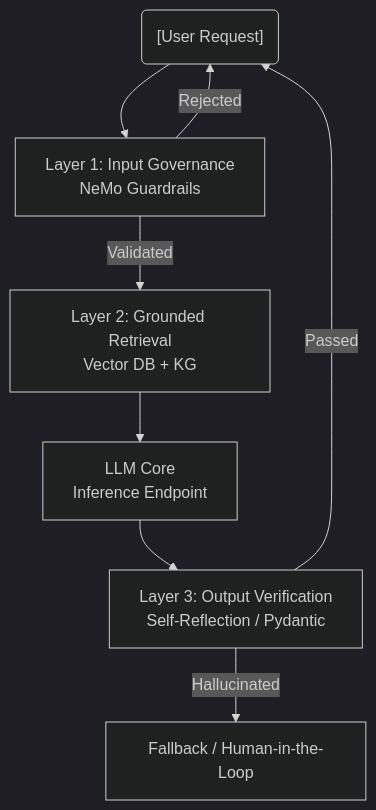
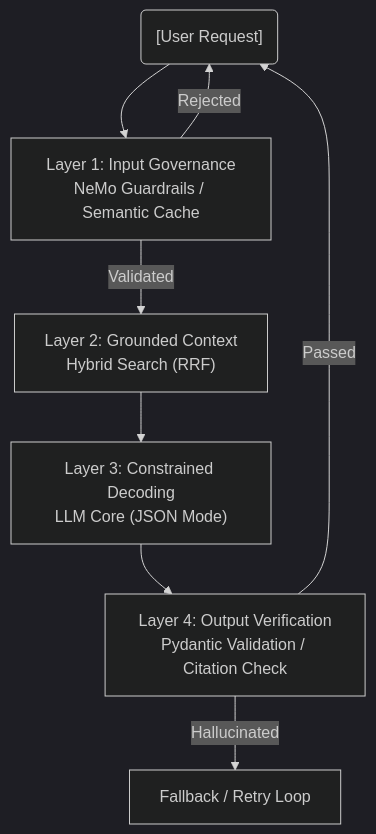
One commit to kythuatdulieu/kythuatdulieu.github.io changed the diagram in src/content/docs/concepts/9-genai-machine-learning/hallucination.md. Above: the diagram before and after it, drawn with Mermaid (dark theme). The commit also changed other lines of this file and 228 other files, not shown here.

Commit message:
Fix syntax and rewrite 200+ concepts docs to deep-dive system architecture and add GA4 tracking to quiz app

````diff
--- a/src/content/docs/concepts/9-genai-machine-learning/hallucination.md
+++ b/src/content/docs/concepts/9-genai-machine-learning/hallucination.md
@@ -26,10 +26,10 @@
 ```mermaid
 graph TD
-    User("[User Request]") --> InputValidator["Layer 1: Input Governance<br>NeMo Guardrails"]
+    User("[User Request]") --> InputValidator["Layer 1: Input Governance<br>NeMo Guardrails / Semantic Cache"]
     InputValidator -- Rejected --> User
-    InputValidator -- Validated --> RAG["Layer 2: Grounded Retrieval<br>Vector DB + KG"]
-    RAG --> LLM["LLM Core<br>Inference Endpoint"]
-    LLM --> OutputValidator["Layer 3: Output Verification<br>Self-Reflection / Pydantic"]
-    OutputValidator -- Hallucinated --> Fallback["Fallback / Human-in-the-Loop"]
+    InputValidator -- Validated --> RAG["Layer 2: Grounded Context<br>Hybrid Search (RRF)"]
+    RAG --> LLM["Layer 3: Constrained Decoding<br>LLM Core (JSON Mode)"]
+    LLM --> OutputValidator["Layer 4: Output Verification<br>Pydantic Validation / Citation Check"]
+    OutputValidator -- Hallucinated --> Fallback["Fallback / Retry Loop"]
     OutputValidator -- Passed --> User
 ```
````
